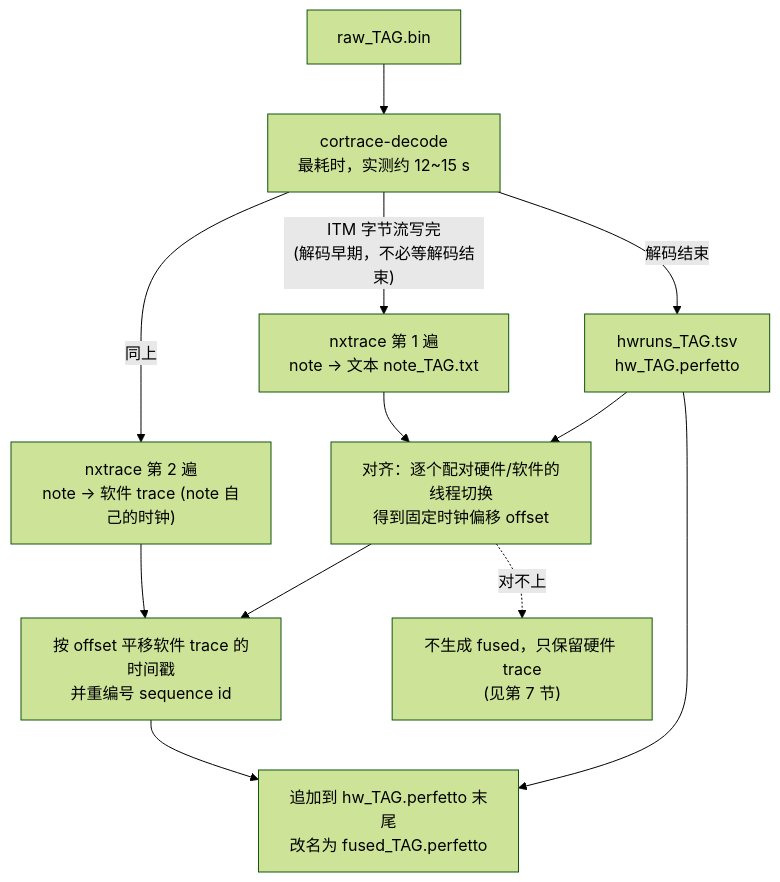
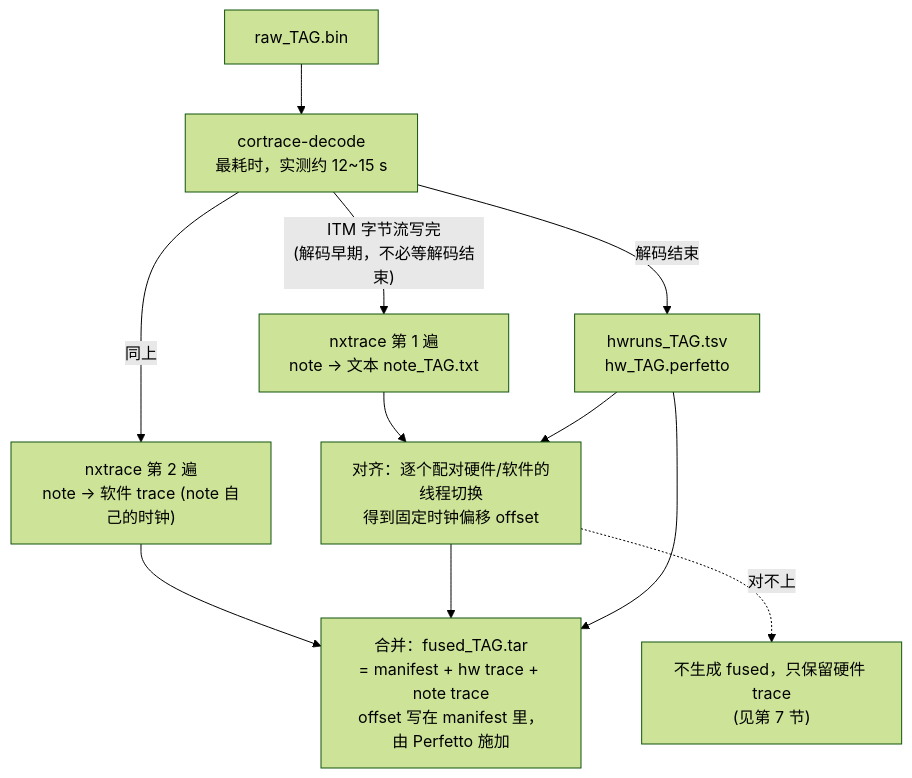
Before and after one commit to FASTSHIFT/cortrace: the fourth of 6 diagrams in docs/04-user-guide.md, drawn with Mermaid (forest theme). The commit also changed other lines of this file and 1 other file, not shown here.

Commit message:
docs: describe the merge formats and cortrace merge

````diff
--- a/docs/04-user-guide.md
+++ b/docs/04-user-guide.md
@@ -250,14 +251,13 @@
 ```mermaid
 flowchart TD
     RAW["raw_TAG.bin"] --> DEC["cortrace-decode<br/>最耗时，实测约 12~15 s"]
     DEC -->|"ITM 字节流写完<br/>(解码早期，不必等解码结束)"| N1["nxtrace 第 1 遍<br/>note → 文本 note_TAG.txt"]
     DEC -->|"同上"| N2["nxtrace 第 2 遍<br/>note → 软件 trace (note 自己的时钟)"]
     DEC -->|"解码结束"| RUNS["hwruns_TAG.tsv<br/>hw_TAG.perfetto"]
     N1 --> ALIGN["对齐：逐个配对硬件/软件的线程切换<br/>得到固定时钟偏移 offset"]
     RUNS --> ALIGN
-    N2 --> SHIFT["按 offset 平移软件 trace 的时间戳<br/>并重编号 sequence id"]
-    ALIGN --> SHIFT
-    SHIFT --> MERGE["追加到 hw_TAG.perfetto 末尾<br/>改名为 fused_TAG.perfetto"]
+    N2 --> MERGE["合并：fused_TAG.tar<br/>= manifest + hw trace + note trace<br/>offset 写在 manifest 里，由 Perfetto 施加"]
+    ALIGN --> MERGE
     RUNS --> MERGE
     ALIGN -.->|"对不上"| FALLBACK["不生成 fused，只保留硬件 trace<br/>(见第 7 节)"]
 ```
````
